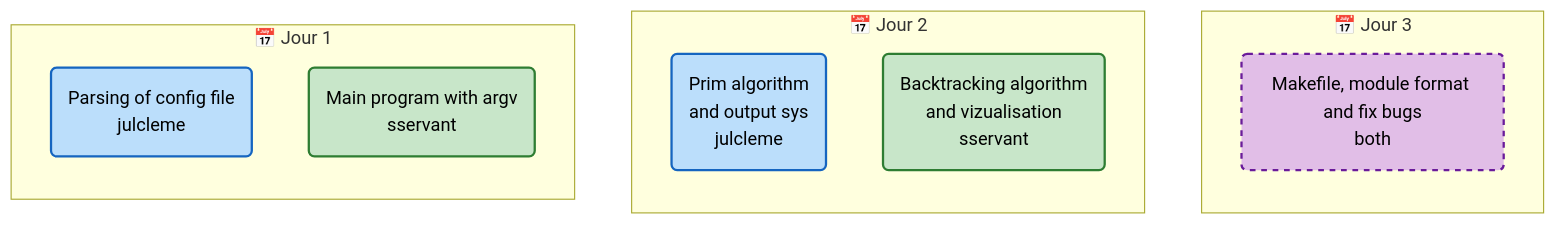
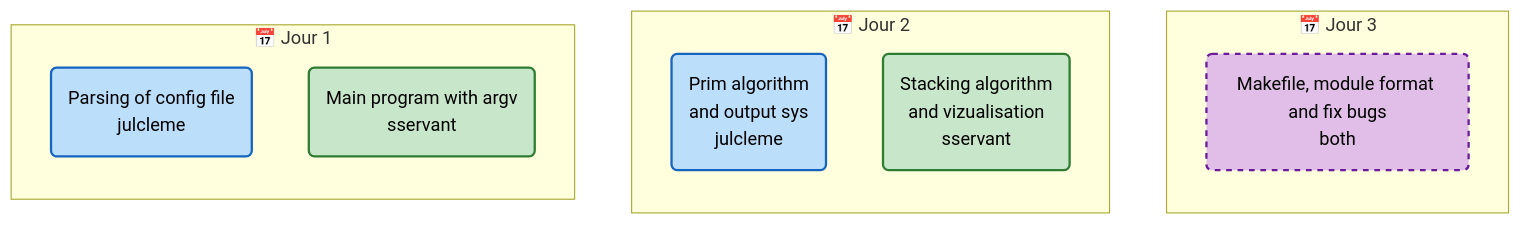
Before and after one commit to 0xS4cha/A-Maze-ing: the second of 2 diagrams in README.md, drawn with Mermaid. The commit also changed other lines of this file and 2725 other files, not shown here.

````diff
--- a/README.md
+++ b/README.md
@@ -145,26 +149,24 @@
 ```mermaid
 graph TD
     classDef jul fill:#BBDEFB,stroke:#1565C0,stroke-width:2px,color:black;
     classDef sse fill:#C8E6C9,stroke:#2E7D32,stroke-width:2px,color:black;
     classDef both fill:#E1BEE7,stroke:#6A1B9A,stroke-width:2px,stroke-dasharray: 5 5,color:black;
 
     subgraph J3 [📅 Jour 3]
         direction TB
         T6("Makefile, module format and fix bugs</br>both"):::both
     end
 
     subgraph J2 [📅 Jour 2]
         direction TB
         T1("Prim algorithm</br>and output sys</br>julcleme"):::jul
-        T2("Backtracking algorithm</br>and vizualisation</br>sservant"):::sse
+        T2("Stacking algorithm</br>and vizualisation</br>sservant"):::sse
     end
 
     subgraph J1 [📅 Jour 1]
         direction TB
         T4("Parsing of config file</br>julcleme"):::jul
         T5("Main program with argv</br>sservant"):::sse
 
     end
-
-
 ```
````
